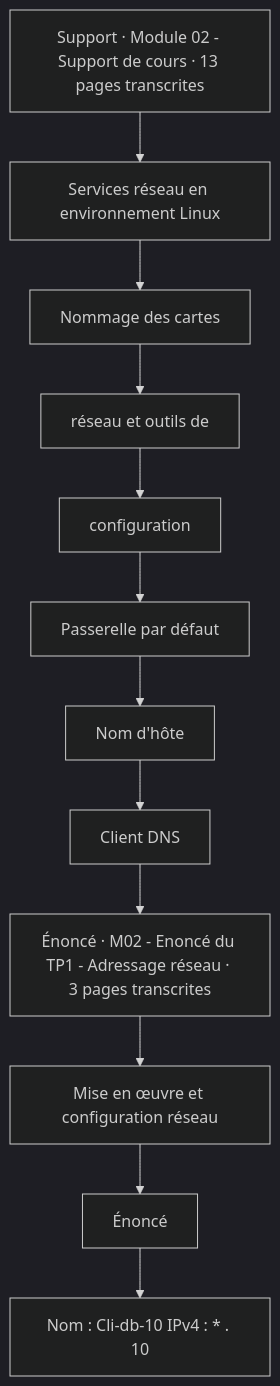
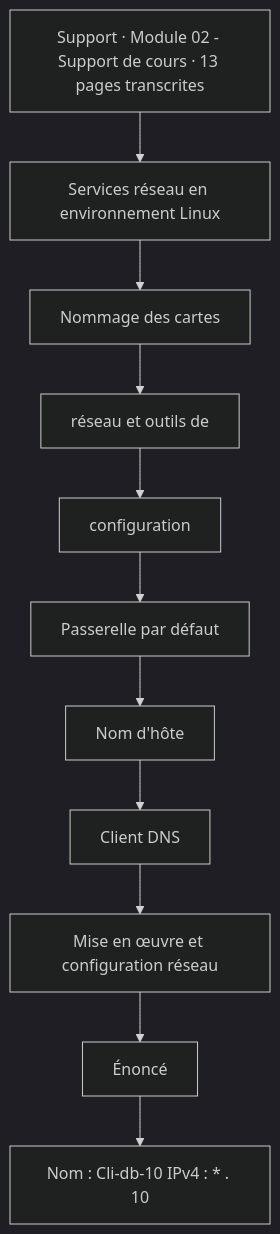
One commit to sk34pk25/tssr-cours changed the first of 5 diagrams in docs/modules/15-services-reseau-en-environnement-linux/module-02-adressage-reseau.md. Above: the diagram before and after it, drawn with Mermaid (dark theme). The commit also changed other lines of this file and 108 other files, not shown here.

````diff
--- a/docs/modules/15-services-reseau-en-environnement-linux/module-02-adressage-reseau.md
+++ b/docs/modules/15-services-reseau-en-environnement-linux/module-02-adressage-reseau.md
@@ -29,26 +29,24 @@
 ```mermaid
 flowchart TD
     N1["Support · Module 02 - Support de cours · 13 pages transcrites"]
     N2["Services réseau en environnement Linux"]
     N3["Nommage des cartes"]
     N4["réseau et outils de"]
     N5["configuration"]
     N6["Passerelle par défaut"]
     N7["Nom d'hôte"]
     N8["Client DNS"]
-    N9["Énoncé · M02 - Enoncé du TP1 - Adressage réseau · 3 pages transcrites"]
     N10["Mise en œuvre et configuration réseau"]
     N11["Énoncé"]
     N12["Nom : Cli-db-10 IPv4 : * . 10"]
     N1 --> N2
     N2 --> N3
     N3 --> N4
     N4 --> N5
     N5 --> N6
     N6 --> N7
     N7 --> N8
-    N8 --> N9
-    N9 --> N10
+    N8 --> N10
     N10 --> N11
     N11 --> N12
 ```
````
